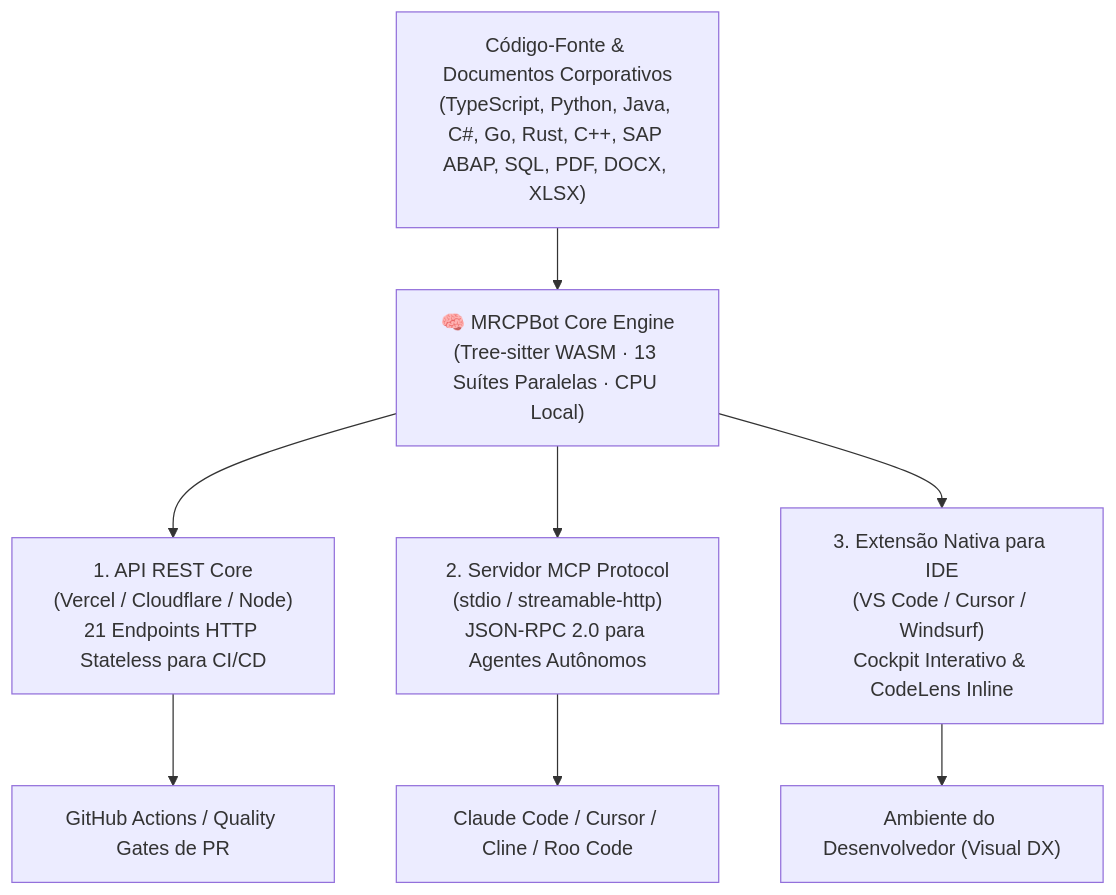
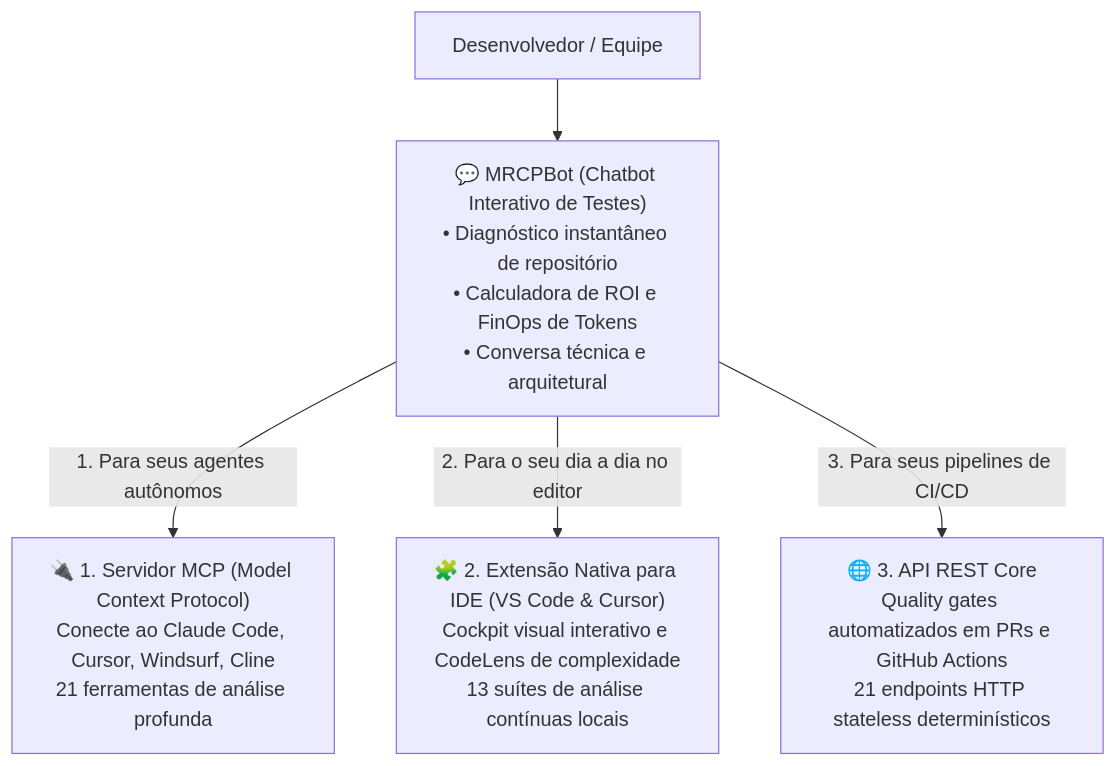
Before and after one commit to faelscarpato/mrcpbot: the diagram in README.pt-BR.md, drawn with Mermaid. The commit also changed other lines of this file and 1 other file, not shown here.

````diff
--- a/README.pt-BR.md
+++ b/README.pt-BR.md
@@ -106,12 +39,8 @@
 ```mermaid
 flowchart TD
-    Repo["Código-Fonte & Documentos Corporativos\n(TypeScript, Python, Java, C#, Go, Rust, C++, SAP ABAP, SQL, PDF, DOCX, XLSX)"] --> Engine["🧠 MRCPBot Core Engine\n(Tree-sitter WASM · 13 Suítes Paralelas · CPU Local)"]
+    User["Desenvolvedor / Equipe"] --> Bot["💬 MRCPBot (Chatbot Interativo de Testes)\n• Diagnóstico instantâneo de repositório\n• Calculadora de ROI e FinOps de Tokens\n• Conversa técnica e arquitetural"]
     
-    Engine --> L1["1. API REST Core\n(Vercel / Cloudflare / Node)\n21 Endpoints HTTP Stateless para CI/CD"]
-    Engine --> L2["2. Servidor MCP Protocol\n(stdio / streamable-http)\nJSON-RPC 2.0 para Agentes Autônomos"]
-    Engine --> L3["3. Extensão Nativa para IDE\n(VS Code / Cursor / Windsurf)\nCockpit Interativo & CodeLens Inline"]
-
-    L1 --> ExtApp["GitHub Actions / Quality Gates de PR"]
-    L2 --> Agents["Claude Code / Cursor / Cline / Roo Code"]
-    L3 --> Dev["Ambiente do Desenvolvedor (Visual DX)"]
+    Bot -->|"1. Para seus agentes autônomos"| F1["🔌 1. Servidor MCP (Model Context Protocol)\nConecte ao Claude Code, Cursor, Windsurf, Cline\n21 ferramentas de análise profunda"]
+    Bot -->|"2. Para o seu dia a dia no editor"| F2["🧩 2. Extensão Nativa para IDE (VS Code & Cursor)\nCockpit visual interativo e CodeLens de complexidade\n13 suítes de análise contínuas locais"]
+    Bot -->|"3. Para seus pipelines de CI/CD"| F3["🌐 3. API REST Core\nQuality gates automatizados em PRs e GitHub Actions\n21 endpoints HTTP stateless determinísticos"]
 ```
````
